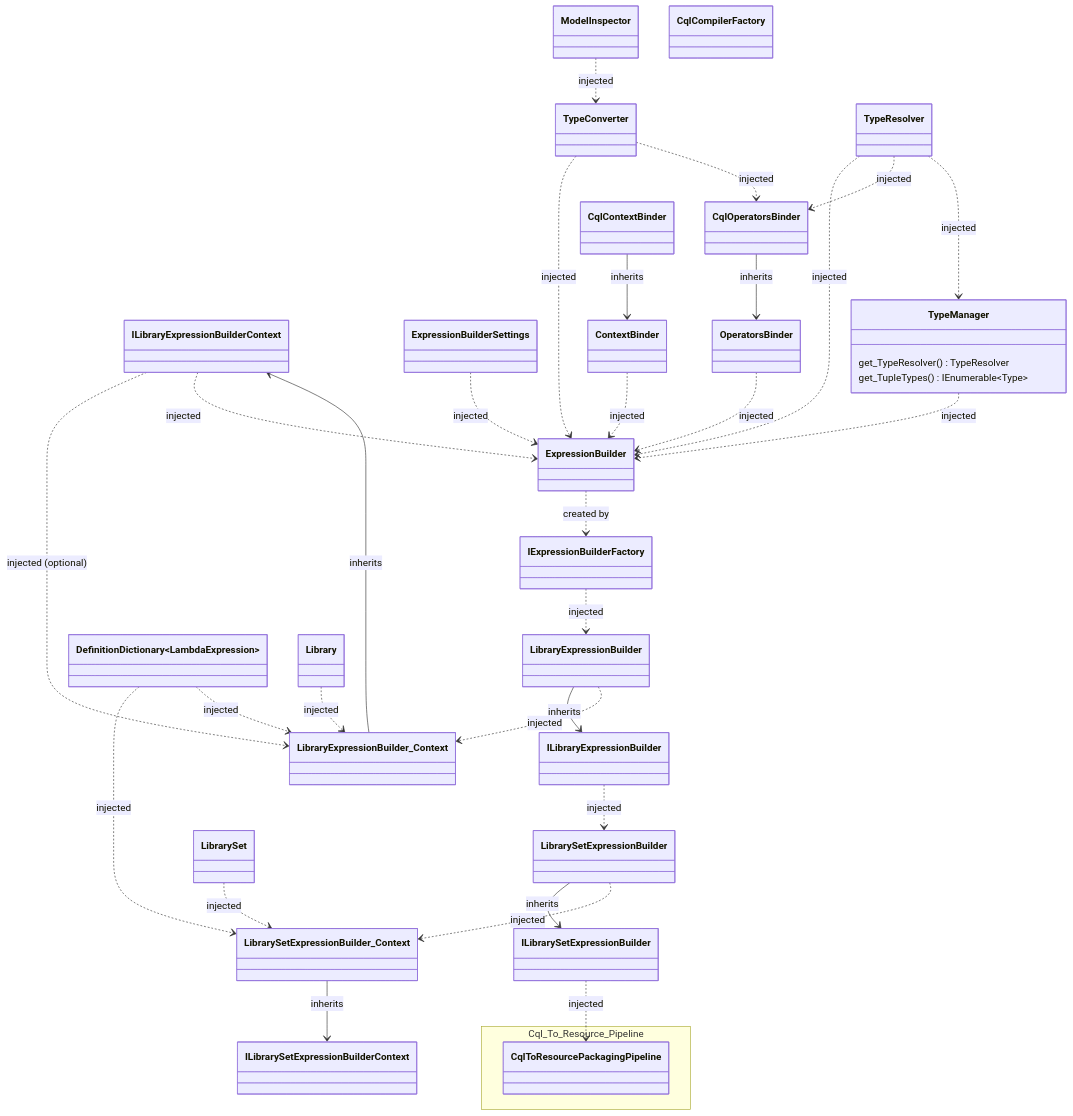
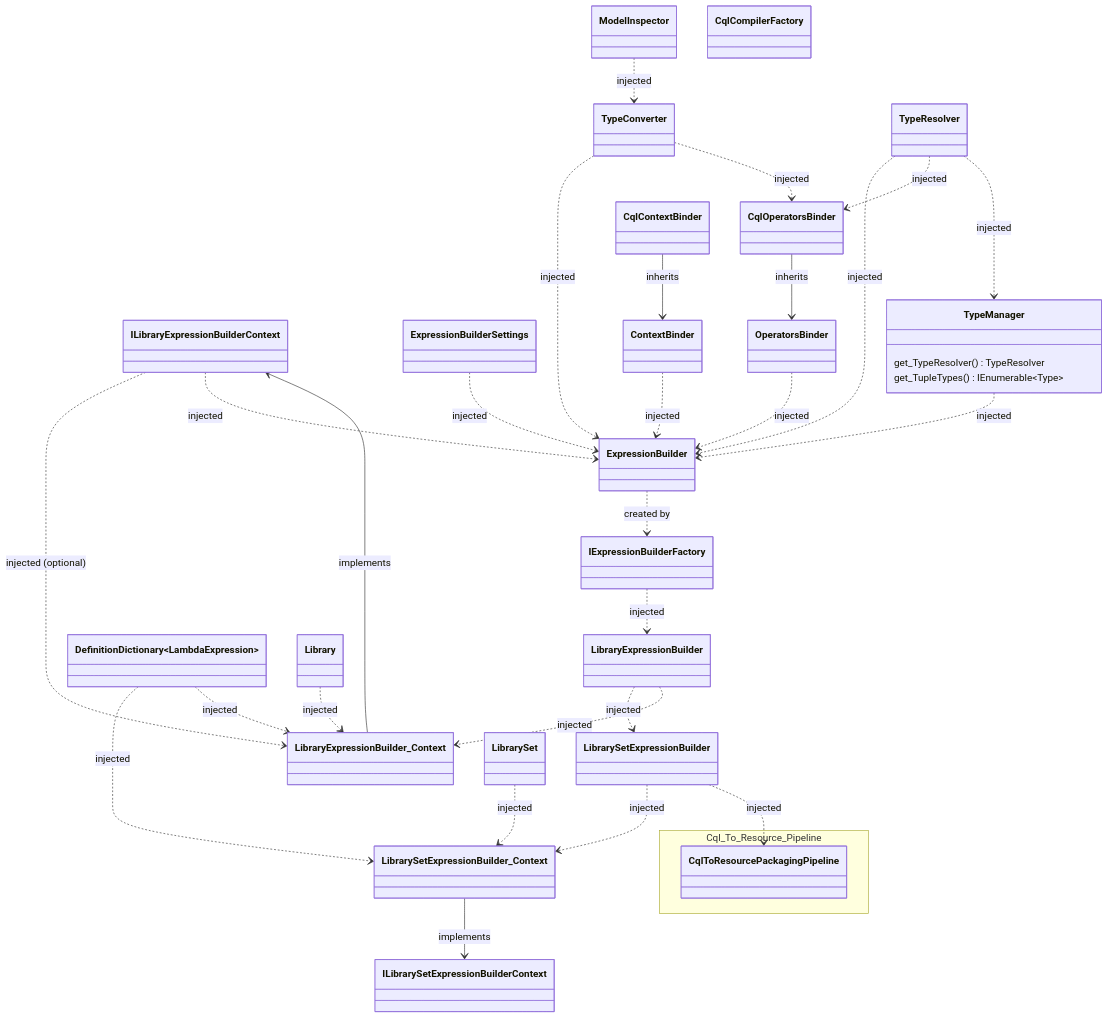
One commit to FirelyTeam/firely-cql-sdk changed the second of 2 diagrams in docs/packager-cli-dependency-graph.md. Above: the diagram before and after it, drawn with Mermaid. The commit also changed other lines of this file and 7 other files, not shown here.

Commit message:
Remove interfaces for LibrarySet and LibraryExpressionBuilder

```diff
--- a/docs/packager-cli-dependency-graph.md
+++ b/docs/packager-cli-dependency-graph.md
@@ -200,17 +200,15 @@
 
     %% Inheritance  
 
-    LibrarySetExpressionBuilder --> ILibrarySetExpressionBuilder : inherits
-    LibraryExpressionBuilder --> ILibraryExpressionBuilder : inherits
-    LibrarySetExpressionBuilder_Context --> ILibrarySetExpressionBuilderContext : inherits
-    LibraryExpressionBuilder_Context --> ILibraryExpressionBuilderContext : inherits
-   
+    LibrarySetExpressionBuilder_Context --> ILibrarySetExpressionBuilderContext : implements
+    LibraryExpressionBuilder_Context --> ILibraryExpressionBuilderContext : implements
+
     CqlContextBinder --> ContextBinder : inherits
     CqlOperatorsBinder --> OperatorsBinder : inherits
 
     %% Injected Dependencies
 
-    ILibraryExpressionBuilder ..> LibrarySetExpressionBuilder : injected
+    LibraryExpressionBuilder ..> LibrarySetExpressionBuilder : injected
 
     LibrarySetExpressionBuilder ..> LibrarySetExpressionBuilder_Context : injected
     DefinitionDictionary~LambdaExpression~ ..> LibrarySetExpressionBuilder_Context : injected
@@ -233,7 +231,7 @@
     ExpressionBuilderSettings ..> ExpressionBuilder : injected
     ILibraryExpressionBuilderContext ..> ExpressionBuilder : injected
     
-    ILibrarySetExpressionBuilder ..> CqlToResourcePackagingPipeline : injected
+    LibrarySetExpressionBuilder ..> CqlToResourcePackagingPipeline : injected
 
     TypeResolver ..> CqlOperatorsBinder : injected
     TypeConverter ..> CqlOperatorsBinder : injected
```
